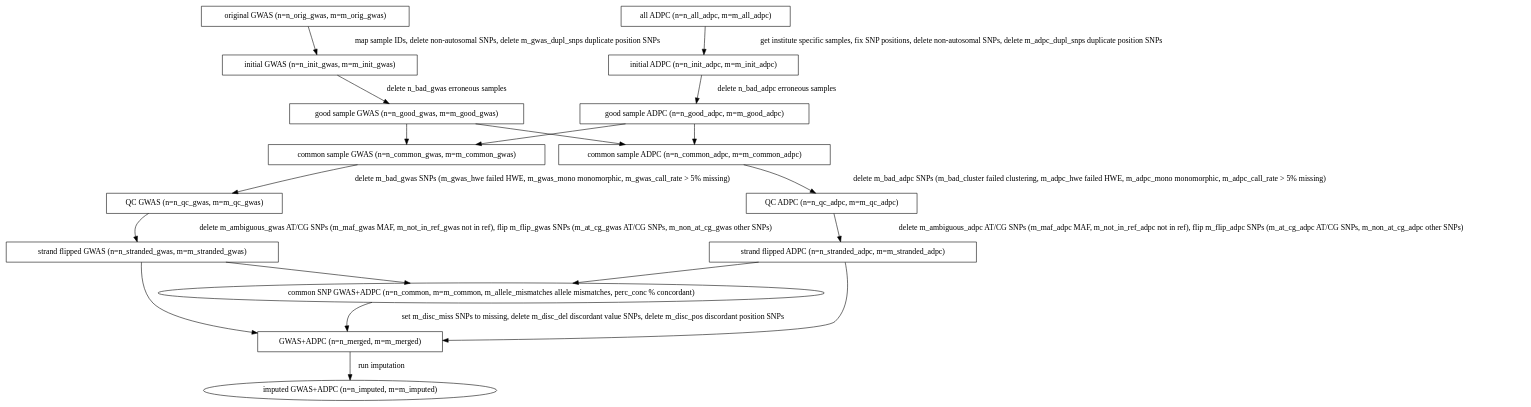
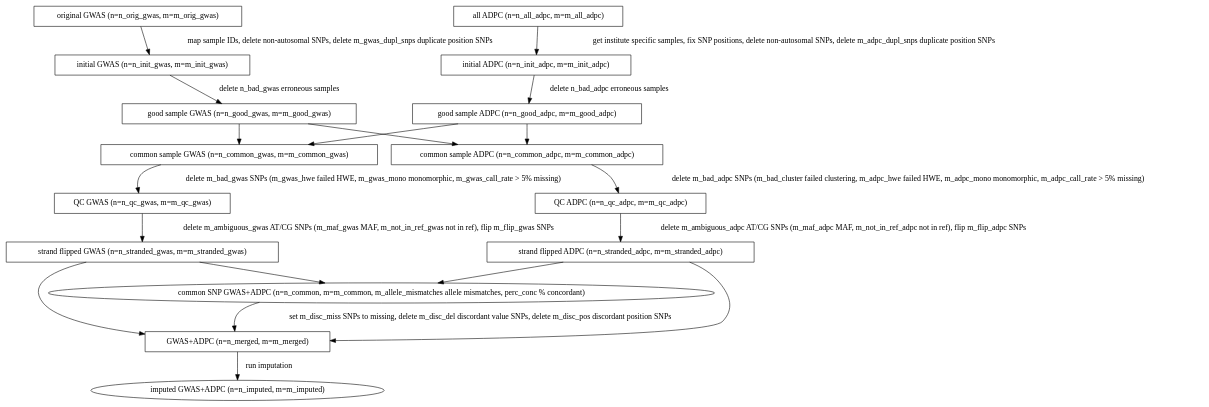
The diagram in doc/flow.dot (CAAPA/gwas_adpc_imputation_pipeline), drawn with Graphviz before and after one commit. The commit also changed 2 other files, not shown here.

Commit message:
Fixed so as not to flip AT/CG SNPs

```diff
--- a/doc/flow.dot
+++ b/doc/flow.dot
@@ -1,91 +1,91 @@
 #!dot
 digraph {
 
     //Initial GWAS flow
 
     ORIG_GWAS [label="original GWAS (n=n_orig_gwas, m=m_orig_gwas)",
                shape=box] //params: n_orig_gwas, m_orig_gwas
     INIT_GWAS [label="initial GWAS (n=n_init_gwas, m=m_init_gwas)",
                shape=box] //params: n_init_gwas, m_init_gwas
     ORIG_GWAS -> INIT_GWAS [label= " map sample IDs, delete non-autosomal SNPs, delete m_gwas_dupl_snps duplicate position SNPs"];
                  //script: get_gwas_samples
 
 
     GOOD_GWAS [label="good sample GWAS (n=n_good_gwas, m=m_good_gwas)",
                shape=box] //params: n_good_gwas, m_good_gwas
     INIT_GWAS -> GOOD_GWAS [label=" delete n_bad_gwas erroneous samples"];
                 //script: get_good_samples; params: n_bad_gwas
 
     COMMON_GWAS [label="common sample GWAS (n=n_common_gwas, m=m_common_gwas)",
                  shape=box] //params: n_common_gwas, m=m_common_gwas
     GOOD_GWAS -> COMMON_GWAS;
                  //script: get_common_samples
 
     QC_GWAS [label="QC GWAS (n=n_qc_gwas, m=m_qc_gwas)",
              shape=box] //params: n_qc_gwas, m=m_qc_gwas
     COMMON_GWAS -> QC_GWAS [label=" delete m_bad_gwas SNPs (m_gwas_hwe failed HWE, m_gwas_mono monomorphic, m_gwas_call_rate > 5% missing)"];
                 //script: do_gwas_qc; params: m_bad_gwas
                 //m (whatever subcategories removed)
 
 
     FLIPPED_GWAS [label="strand flipped GWAS (n=n_stranded_gwas, m=m_stranded_gwas)",
                   shape=box] //params: n_stranded_gwas, m_stranded_gwas
-    QC_GWAS -> FLIPPED_GWAS  [label=" delete m_ambiguous_gwas AT/CG SNPs (m_maf_gwas MAF, m_not_in_ref_gwas not in ref), flip m_flip_gwas SNPs (m_at_cg_gwas AT/CG SNPs, m_non_at_cg_gwas other SNPs)"];
+    QC_GWAS -> FLIPPED_GWAS  [label=" delete m_ambiguous_gwas AT/CG SNPs (m_maf_gwas MAF, m_not_in_ref_gwas not in ref), flip m_flip_gwas SNPs"];
                  //script: flip_strands; params: m_flip_gwas, m_ambiguous_gwas
 
 
     //Initial ADPC flow
 
     ALL_ADPC [label="all ADPC (n=n_all_adpc, m=m_all_adpc)",
               shape=box] //params:n_all_adpc, m_all_adpc
     INIT_ADPC [label="initial ADPC (n=n_init_adpc, m=m_init_adpc)",
                shape=box] //params: n_init_adpc, m_init_adpc
     ALL_ADPC -> INIT_ADPC [label=" get institute specific samples, fix SNP positions, delete non-autosomal SNPs, delete m_adpc_dupl_snps duplicate position SNPs"]
                 //script: get_adpc_samples (site)
 
 
     GOOD_ADPC [label="good sample ADPC (n=n_good_adpc, m=m_good_adpc)",
                shape=box] //params: n_good_adpc, m_good_adpc
     INIT_ADPC -> GOOD_ADPC [label=" delete n_bad_adpc erroneous samples"];
                 //script: get_good_samples; params: n_bad_adpc
 
     COMMON_ADPC [label="common sample ADPC (n=n_common_adpc, m=m_common_adpc)",
                  shape=box] //params: n_common_adpc, m=m_common_adpc
     GOOD_ADPC -> COMMON_ADPC;
                  //script: get_common_samples
 
     QC_ADPC [label="QC ADPC (n=n_qc_adpc, m=m_qc_adpc)",
              shape=box] //params: n_qc_adpc, m=m_qc_adpc
     COMMON_ADPC -> QC_ADPC [label=" delete m_bad_adpc SNPs (m_bad_cluster failed clustering, m_adpc_hwe failed HWE, m_adpc_mono monomorphic, m_adpc_call_rate > 5% missing)"];
                 //script: do_adpc_qc; params: m_bad_adpc
                 //m (whatever subcategories removed)
                 //remember to also remove ACGT
 
     FLIPPED_ADPC [label="strand flipped ADPC (n=n_stranded_adpc, m=m_stranded_adpc)",
                   shape=box] //params: n_stranded_adpc, m_stranded_adpc
-    QC_ADPC -> FLIPPED_ADPC [label=" delete m_ambiguous_adpc AT/CG SNPs (m_maf_adpc MAF, m_not_in_ref_adpc not in ref), flip m_flip_adpc SNPs (m_at_cg_adpc AT/CG SNPs, m_non_at_cg_adpc other SNPs)"]
+    QC_ADPC -> FLIPPED_ADPC [label=" delete m_ambiguous_adpc AT/CG SNPs (m_maf_adpc MAF, m_not_in_ref_adpc not in ref), flip m_flip_adpc SNPs"]
                  //script: flip_strands; params: m_flip_adpc, m_ambiguous_adpc
 
 
 
     //GWAS + ADPC flows
 
     GOOD_ADPC -> COMMON_GWAS;
     GOOD_GWAS -> COMMON_ADPC;
 
     COMMON_SNP [label="common SNP GWAS+ADPC (n=n_common, m=m_common, m_allele_mismatches allele mismatches, perc_conc % concordant)",
                 shape=ellipse] //params: n_common, m_common
     FLIPPED_GWAS -> COMMON_SNP; //script: get_common_snp_files
     FLIPPED_ADPC -> COMMON_SNP; //script: get_common_snp_files
 
     MERGED [label="GWAS+ADPC (n=n_merged, m=m_merged)",
             shape=box] //params: n_merged, m_merged
     COMMON_SNP -> MERGED [label= " set m_disc_miss SNPs to missing, delete m_disc_del discordant value SNPs, delete m_disc_pos discordant position SNPs"];
             //script: merge_adpc_gwas; params: m_disc_miss, m_disc_del
     FLIPPED_GWAS -> MERGED;
     FLIPPED_ADPC -> MERGED;
 
     IMPUTED [label="imputed GWAS+ADPC (n=n_imputed, m=m_imputed)"]
     MERGED -> IMPUTED [label=" run imputation"];
                 //script:
 }
```
